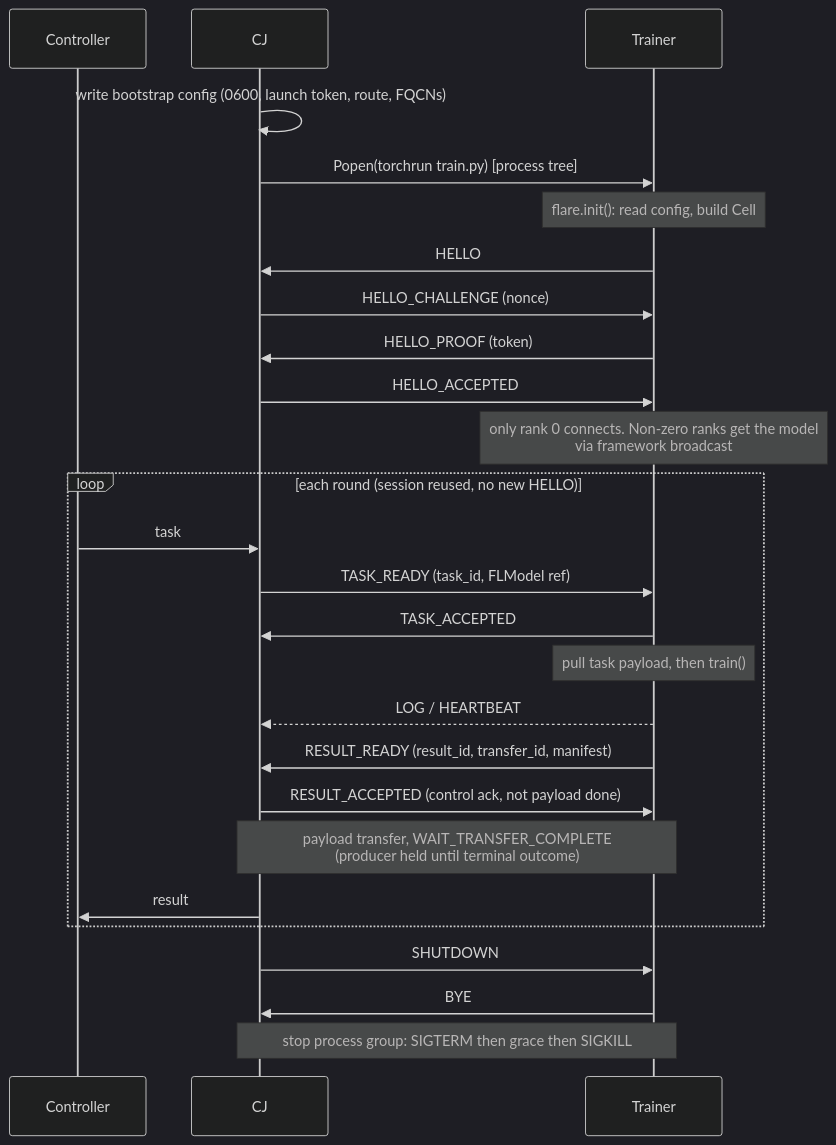
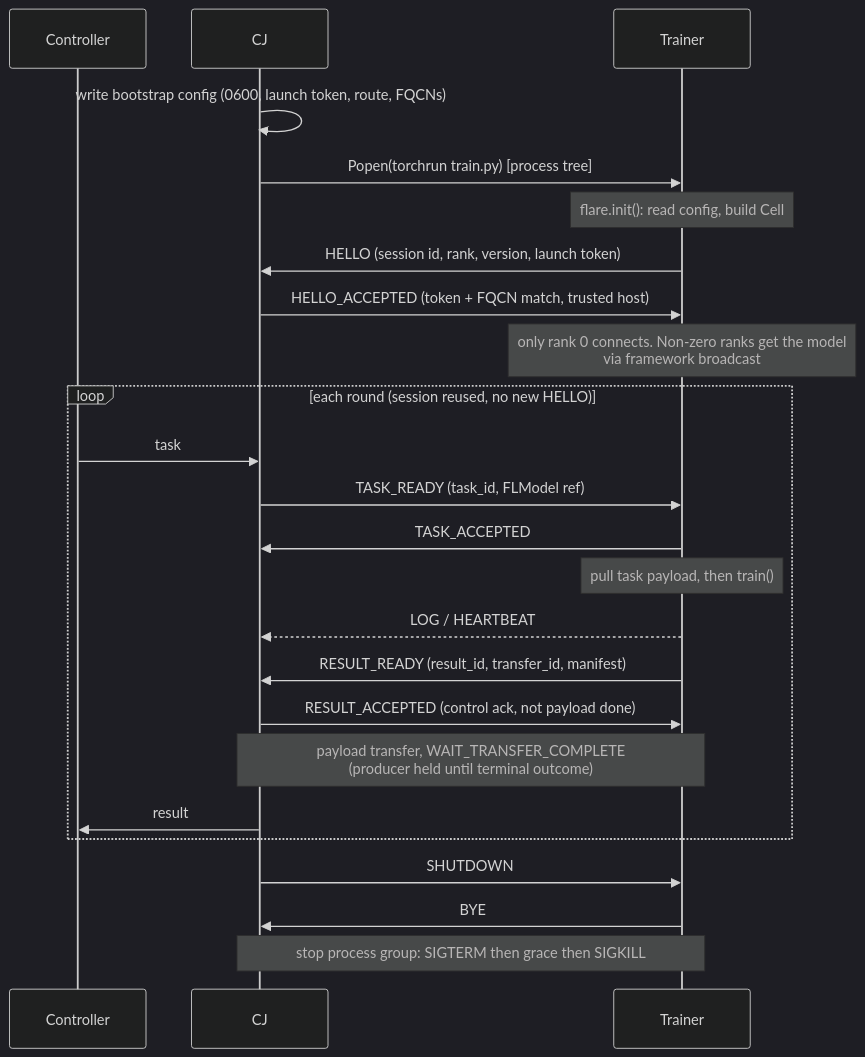
Before and after one commit to NVIDIA/NVFlare: the second of 4 diagrams in docs/design/client_api_execution_modes.md, drawn with Mermaid (dark theme). The commit also changed other lines of this file, not shown here.

First line of the commit message:
Scope external_process auth to trusted-host V1 (HELLO without HMAC)

````diff
--- a/docs/design/client_api_execution_modes.md
+++ b/docs/design/client_api_execution_modes.md
@@ -199,28 +199,26 @@
 ```mermaid
 sequenceDiagram
     participant C as Controller
     participant E as CJ
     participant T as Trainer
     E->>E: write bootstrap config (0600, launch token, route, FQCNs)
     E->>T: Popen(torchrun train.py) [process tree]
     Note over T: flare.init(): read config, build Cell
-    T->>E: HELLO
-    E->>T: HELLO_CHALLENGE (nonce)
-    T->>E: HELLO_PROOF (token)
-    E->>T: HELLO_ACCEPTED
+    T->>E: HELLO (session id, rank, version, launch token)
+    E->>T: HELLO_ACCEPTED (token + FQCN match, trusted host)
     Note over T: only rank 0 connects. Non-zero ranks get the model<br/>via framework broadcast
     loop each round (session reused, no new HELLO)
         C->>E: task
         E->>T: TASK_READY (task_id, FLModel ref)
         T->>E: TASK_ACCEPTED
         Note over T: pull task payload, then train()
         T-->>E: LOG / HEARTBEAT
         T->>E: RESULT_READY (result_id, transfer_id, manifest)
         E->>T: RESULT_ACCEPTED (control ack, not payload done)
         Note over E,T: payload transfer, WAIT_TRANSFER_COMPLETE<br/>(producer held until terminal outcome)
         E->>C: result
     end
     E->>T: SHUTDOWN
     T->>E: BYE
     Note over E,T: stop process group: SIGTERM then grace then SIGKILL
 ```
````
